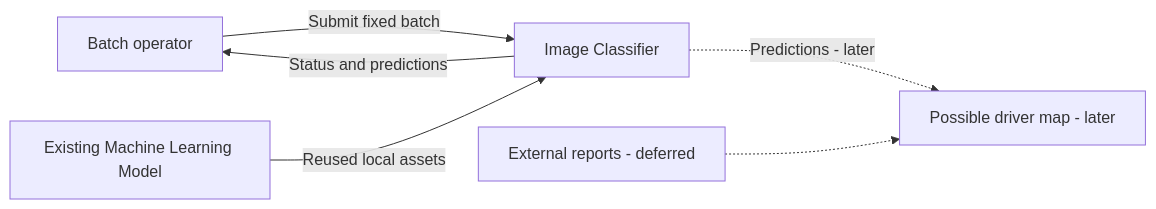
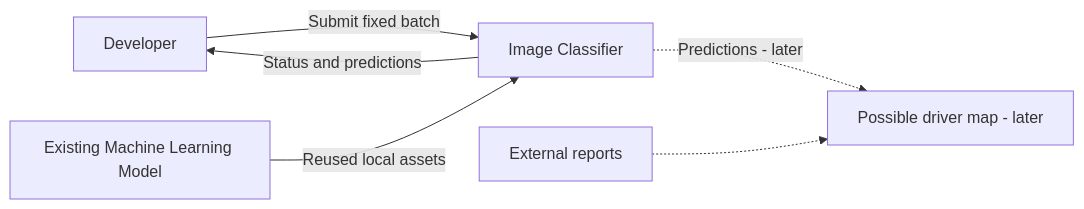
The first of 2 diagrams in DESIGN.md (tanviriss/csc59866-fall2026-senior-project-group), drawn with Mermaid before and after one commit.

Commit message:
Update user roles in design document

````diff
--- a/DESIGN.md
+++ b/DESIGN.md
@@ -106,8 +106,8 @@
 ```mermaid
 flowchart LR
-  O[Batch operator] -->|Submit fixed batch| S[Image Classifier]
+  O[Developer] -->|Submit fixed batch| S[Image Classifier]
   S -->|Status and predictions| O
   M[Existing Machine Learning Model] -->|Reused local assets| S
-  W[External reports - deferred] -.-> F[Possible driver map - later]
+  W[External reports] -.-> F[Possible driver map - later]
   S -.->|Predictions - later| F
 ```
````
